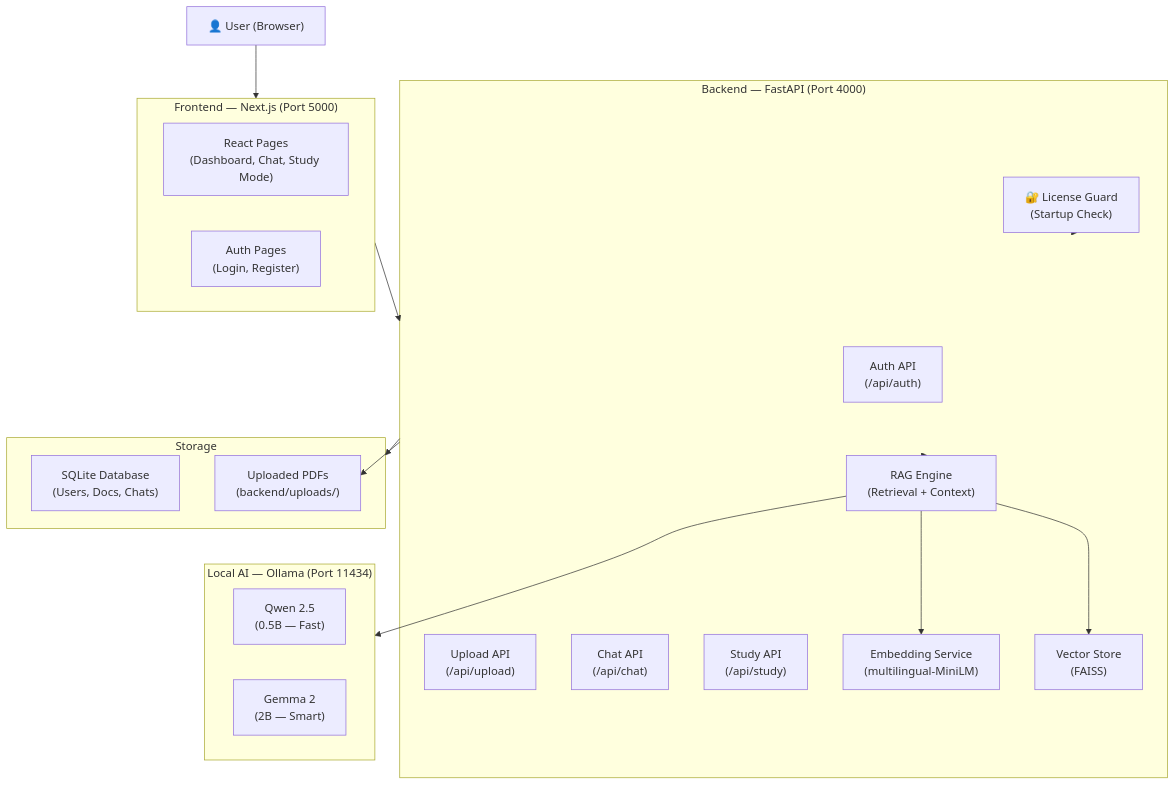
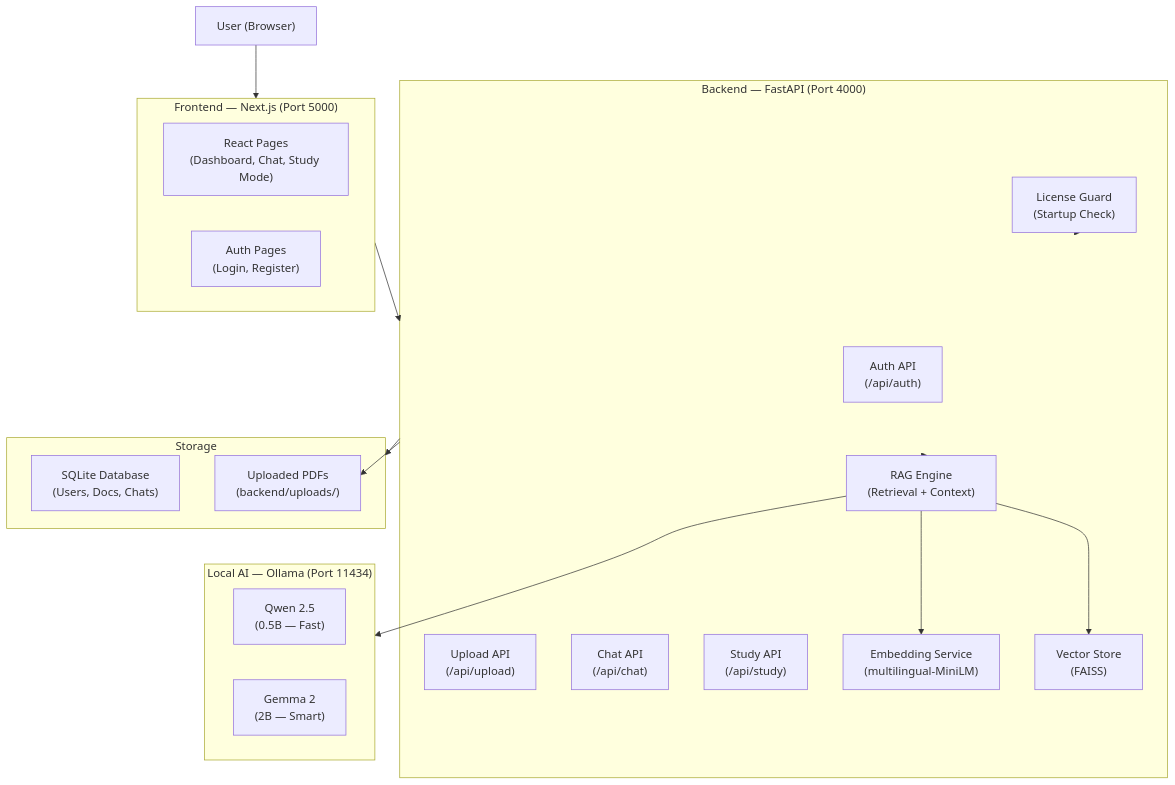
One commit to SageerAuwal/AuraQA changed the diagram in README.md. Above: the diagram before and after it, drawn with Mermaid. The commit also changed other lines of this file and 1 other file, not shown here.

````diff
--- a/README.md
+++ b/README.md
@@ -56,40 +56,40 @@
 ```mermaid
 graph TB
-    User["👤 User (Browser)"]
+    User["User (Browser)"]
 
     subgraph Frontend["Frontend — Next.js (Port 5000)"]
         UI["React Pages\n(Dashboard, Chat, Study Mode)"]
         Auth_FE["Auth Pages\n(Login, Register)"]
     end
 
     subgraph Backend["Backend — FastAPI (Port 4000)"]
-        License["🔐 License Guard\n(Startup Check)"]
+        License["License Guard\n(Startup Check)"]
         AuthAPI["Auth API\n(/api/auth)"]
         UploadAPI["Upload API\n(/api/upload)"]
         ChatAPI["Chat API\n(/api/chat)"]
         StudyAPI["Study API\n(/api/study)"]
         RAG["RAG Engine\n(Retrieval + Context)"]
         Embed["Embedding Service\n(multilingual-MiniLM)"]
         Vector["Vector Store\n(FAISS)"]
     end
 
     subgraph AI["Local AI — Ollama (Port 11434)"]
         Qwen["Qwen 2.5\n(0.5B — Fast)"]
         Gemma["Gemma 2\n(2B — Smart)"]
     end
 
     subgraph DB["Storage"]
         SQLite["SQLite Database\n(Users, Docs, Chats)"]
         Files["Uploaded PDFs\n(backend/uploads/)"]
     end
 
     User --> Frontend
     Frontend --> Backend
     License --> Backend
     Backend --> RAG
     RAG --> Embed
     RAG --> Vector
     RAG --> AI
     Backend --> DB
     Backend --> Files
 ```
````
